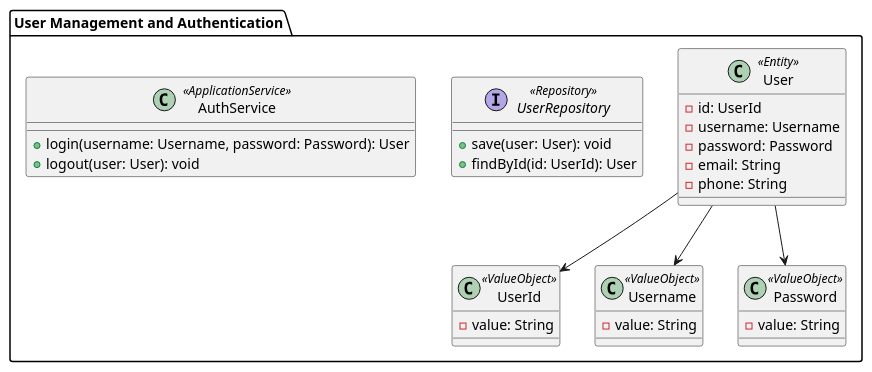
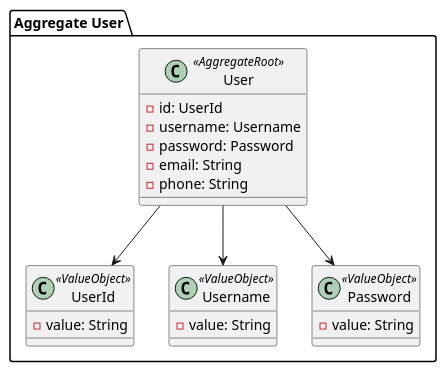
One commit to HenriqueSilva18/Drone-Show-Management-System changed the diagram in docs/us_110/subDomains/domains/aggregate_user.puml. Above: the diagram before and after it, drawn with PlantUML. The commit also changed 9 other files, not shown here.

```diff
--- a/docs/us_110/subDomains/domains/aggregate_user.puml
+++ b/docs/us_110/subDomains/domains/aggregate_user.puml
@@ -1,39 +1,31 @@
 @startuml
-package "User Management and Authentication" {
-    ' Entidade de usuário com dados de autenticação
-    class User <<Entity>> {
+package "Aggregate User" {
+
+    ' Agregado User (Aggregate Root)
+    class User <<AggregateRoot>> {
         - id: UserId
         - username: Username
         - password: Password
         - email: String
         - phone: String
     }
 
-    ' Value Objects para identificação e credenciais
+    ' Value Objects associados
     class UserId <<ValueObject>> {
         - value: String
     }
+
     class Username <<ValueObject>> {
         - value: String
     }
+
     class Password <<ValueObject>> {
         - value: String
     }
 
-    ' Repositório para persistência dos usuários
-    interface UserRepository <<Repository>> {
-        + save(user: User): void
-        + findById(id: UserId): User
-    }
-
-    ' Serviço de autenticação, responsável pelo login/logout
-    class AuthService <<ApplicationService>> {
-        + login(username: Username, password: Password): User
-        + logout(user: User): void
-    }
-
+    ' Ligações
     User --> UserId
     User --> Username
     User --> Password
 }
 @enduml
```
